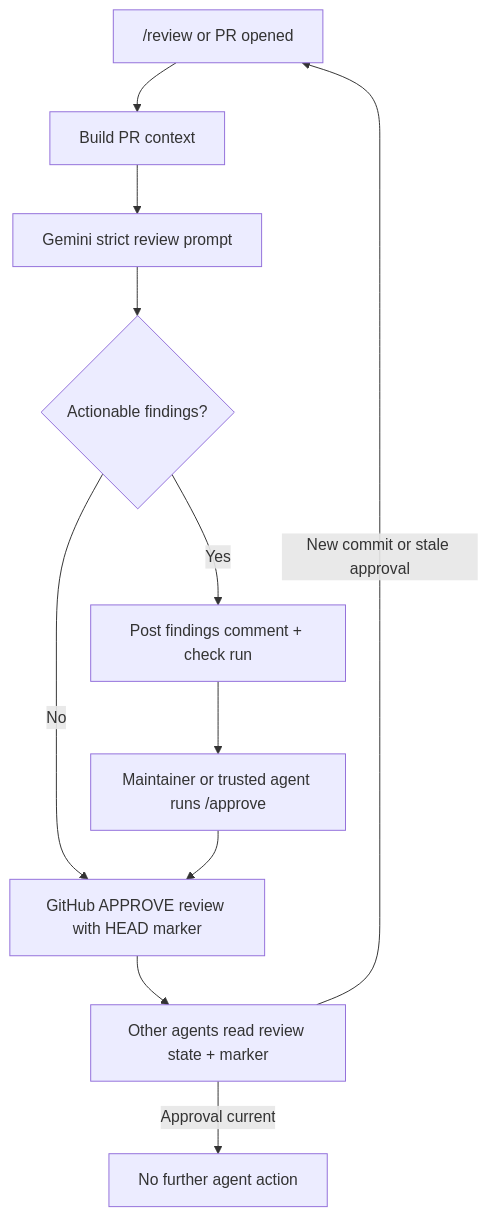
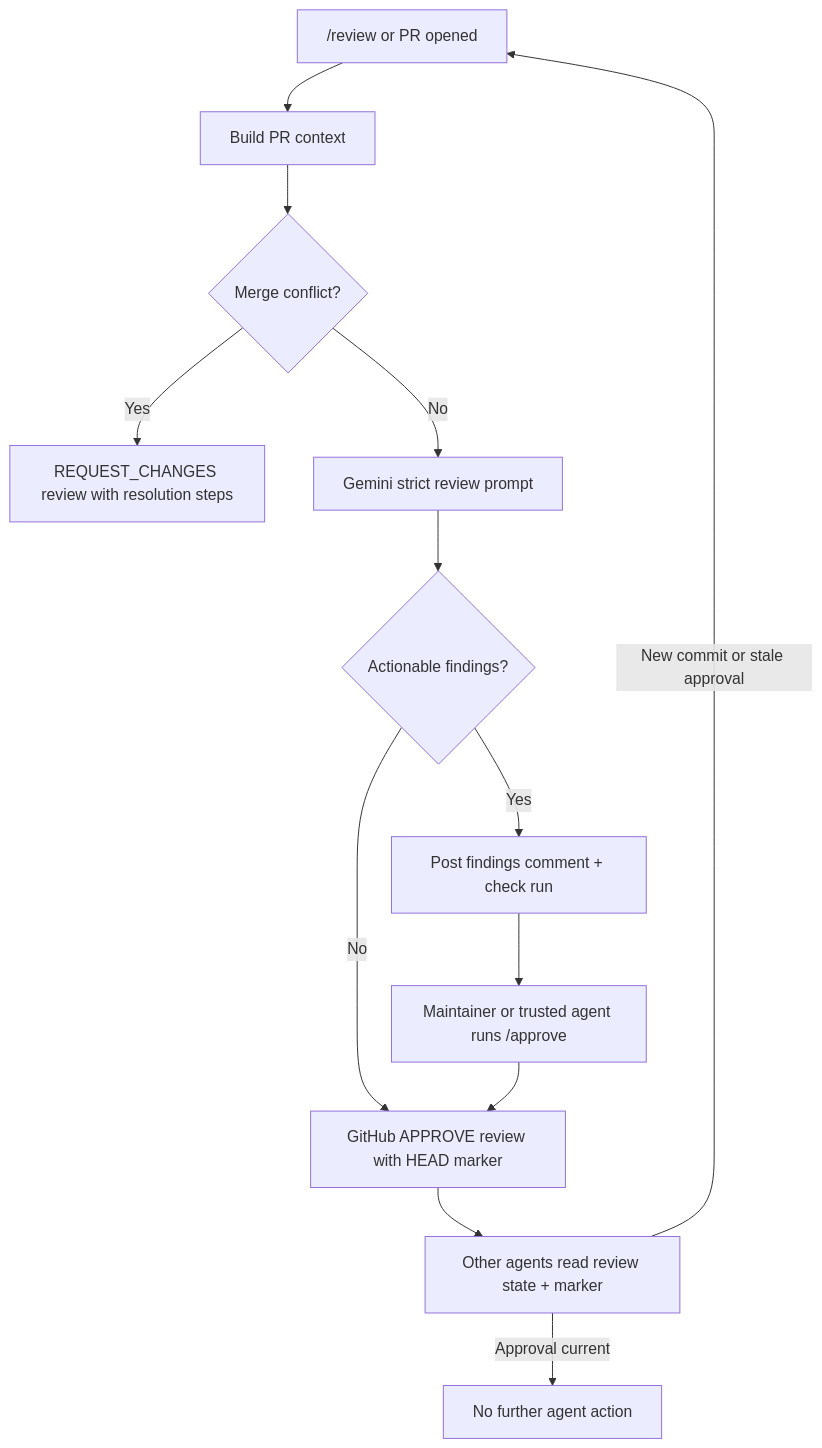
One commit to seorilabs/gemini-pr-bot changed the second of 3 diagrams in README.md. Above: the diagram before and after it, drawn with Mermaid. The commit also changed other lines of this file and 3 other files, not shown here.

````diff
--- a/README.md
+++ b/README.md
@@ -47,13 +48,15 @@
 ```mermaid
 flowchart TD
   Review["/review or PR opened"] --> Context["Build PR context"]
-  Context --> Gemini["Gemini strict review prompt"]
+  Context --> Conflict{"Merge conflict?"}
+  Conflict -->|Yes| RequestChanges["REQUEST_CHANGES review with resolution steps"]
+  Conflict -->|No| Gemini["Gemini strict review prompt"]
   Gemini --> Decision{"Actionable findings?"}
   Decision -->|Yes| Output["Post findings comment + check run"]
   Decision -->|No| Approval["GitHub APPROVE review with HEAD marker"]
   Output --> Approve["Maintainer or trusted agent runs /approve"]
   Approve --> Approval
   Approval --> Agent["Other agents read review state + marker"]
   Agent -->|Approval current| Stop["No further agent action"]
   Agent -->|New commit or stale approval| Review
 ```
````
